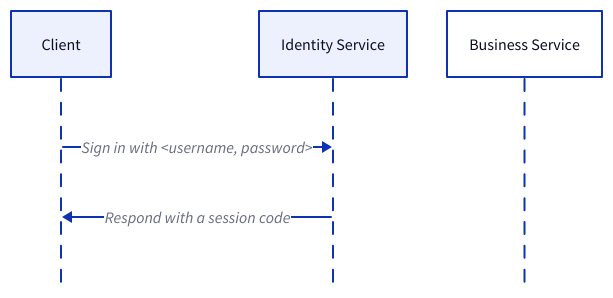
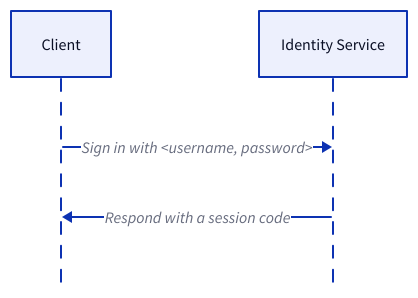
One commit to link1905/system-design-101 changed the first of 26 diagrams in content/docs/system-administration/system-protection/iam.md. Above: the diagram before and after it, drawn with D2. The commit also changed other lines of this file and 49 other files, not shown here.

````diff
--- a/content/docs/system-administration/system-protection/iam.md
+++ b/content/docs/system-administration/system-protection/iam.md
@@ -36,14 +36,11 @@
 ```d2
 shape: sequence_diagram
 c: Client {
   class: client
 }
 s: Identity Service {
   class: server
 }
-b: Business Service {
-  class: server
-}
 c -> s: Sign in with <username, password>
 s -> c: Respond with a session code
 ```
````
